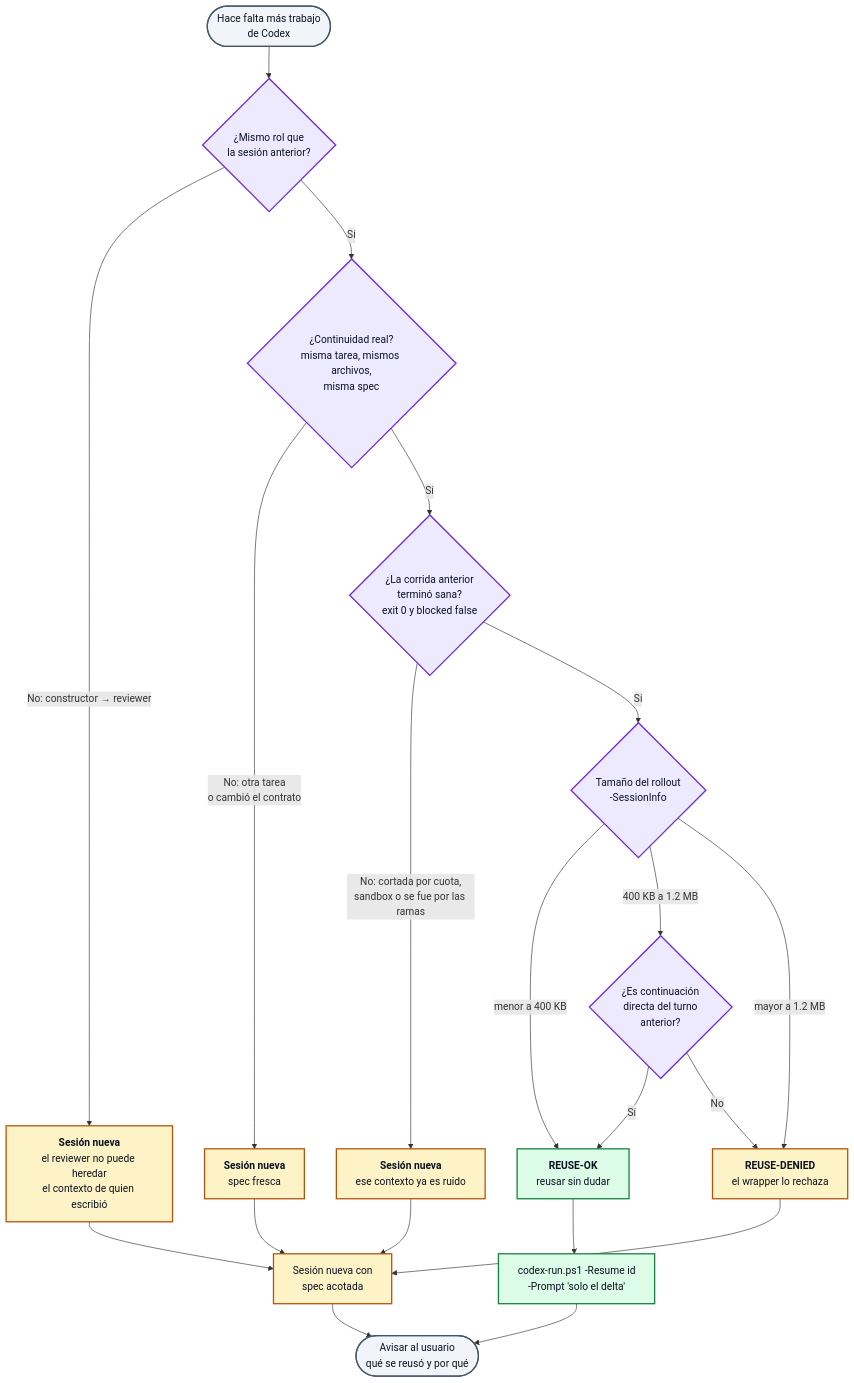
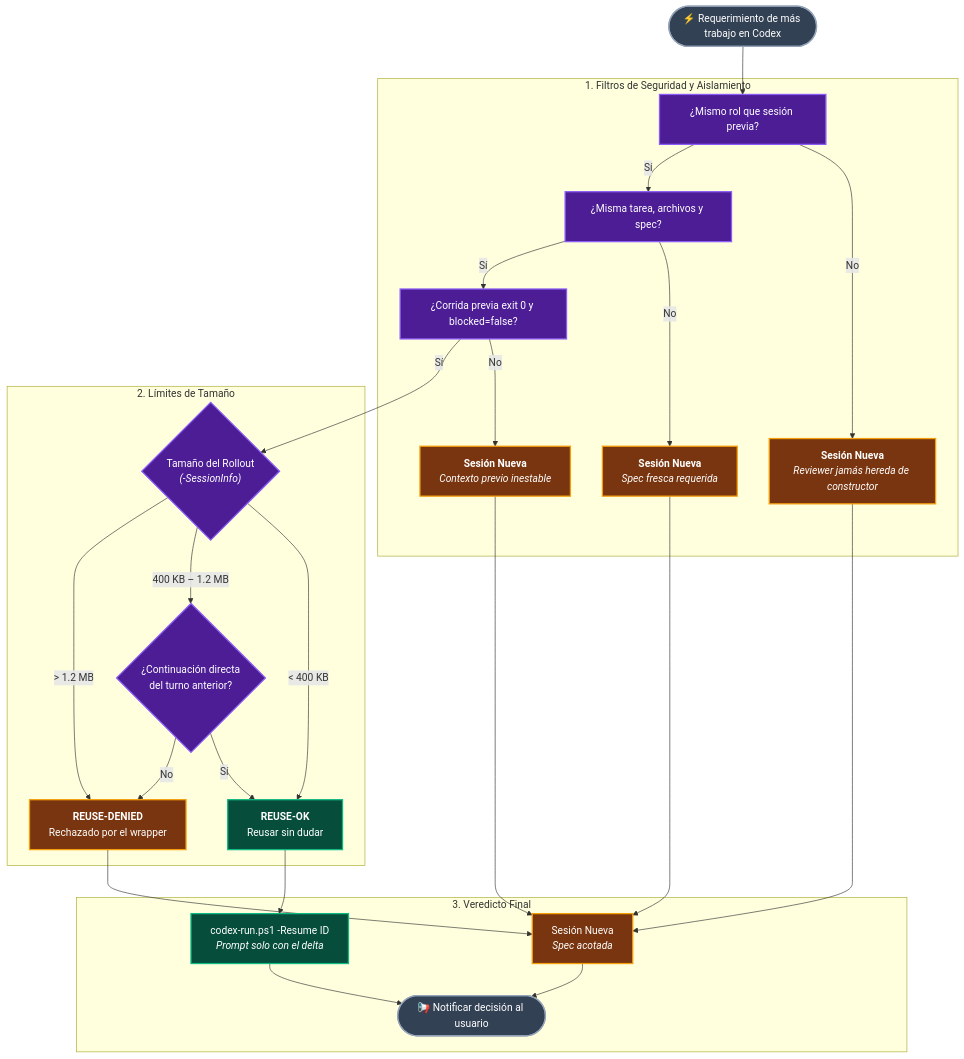
The fourth of 5 diagrams in README.md (Javier12301/ClaudeGPT), drawn with Mermaid before and after one commit. The commit also changed other lines of this file and 1 other file, not shown here.

````diff
--- a/README.md
+++ b/README.md
@@ -410,39 +411,44 @@
 ```mermaid
 flowchart TD
-    NEED([Hace falta más trabajo<br/>de Codex]) --> ROLE{"¿Mismo rol que<br/>la sesión anterior?"}
+    NEED([⚡ Requerimiento de más trabajo en Codex]) --> ROLE["¿Mismo rol que sesión previa?"]
 
-    ROLE -->|"No: constructor → reviewer"| NEWR["<b>Sesión nueva</b><br/>el reviewer no puede heredar<br/>el contexto de quien escribió"]
-    ROLE -->|Sí| CONT{"¿Continuidad real?<br/>misma tarea, mismos archivos,<br/>misma spec"}
+    subgraph S1["1. Filtros de Seguridad y Aislamiento"]
+        ROLE -->|No| NEWR["<b>Sesión Nueva</b><br/><i>Reviewer jamás hereda de constructor</i>"]
+        ROLE -->|Sí| CONT["¿Misma tarea, archivos y spec?"]
+        CONT -->|No| NEWT["<b>Sesión Nueva</b><br/><i>Spec fresca requerida</i>"]
+        CONT -->|Sí| SANE["¿Corrida previa exit 0 y blocked=false?"]
+        SANE -->|No| NEWB["<b>Sesión Nueva</b><br/><i>Contexto previo inestable</i>"]
+    end
 
-    CONT -->|"No: otra tarea<br/>o cambió el contrato"| NEWT["<b>Sesión nueva</b><br/>spec fresca"]
-    CONT -->|Sí| SANE{"¿La corrida anterior<br/>terminó sana?<br/>exit 0 y blocked false"}
+    SANE -->|Sí| SIZE{"Tamaño del Rollout<br/><i>(-SessionInfo)</i>"}
 
-    SANE -->|"No: cortada por cuota,<br/>sandbox o se fue por las ramas"| NEWB["<b>Sesión nueva</b><br/>ese contexto ya es ruido"]
-    SANE -->|Sí| SIZE{"Tamaño del rollout<br/>-SessionInfo"}
+    subgraph S2["2. Límites de Tamaño"]
+        SIZE -->|"< 400 KB"| OK["<b>REUSE-OK</b><br/>Reusar sin dudar"]
+        SIZE -->|"400 KB – 1.2 MB"| DIRECT{"¿Continuación directa<br/>del turno anterior?"}
+        SIZE -->|"> 1.2 MB"| DENIED["<b>REUSE-DENIED</b><br/>Rechazado por el wrapper"]
 
-    SIZE -->|"menor a 400 KB"| OK["<b>REUSE-OK</b><br/>reusar sin dudar"]
-    SIZE -->|"400 KB a 1.2 MB"| DIRECT{"¿Es continuación<br/>directa del turno<br/>anterior?"}
-    SIZE -->|"mayor a 1.2 MB"| DENIED["<b>REUSE-DENIED</b><br/>el wrapper lo rechaza"]
+        DIRECT -->|Sí| OK
+        DIRECT -->|No| DENIED
+    end
 
-    DIRECT -->|Sí| OK
-    DIRECT -->|No| DENIED
+    subgraph S3["3. Veredicto Final"]
+        OK --> RUN["codex-run.ps1 -Resume ID<br/><i>Prompt solo con el delta</i>"]
+        DENIED --> NEWS["Sesión Nueva<br/><i>Spec acotada</i>"]
+        NEWR --> NEWS
+        NEWT --> NEWS
+        NEWB --> NEWS
 
-    OK --> RUN["codex-run.ps1 -Resume id<br/>-Prompt 'solo el delta'"]
-    DENIED --> NEWS["Sesión nueva con<br/>spec acotada"]
-    NEWR --> NEWS
-    NEWT --> NEWS
-    NEWB --> NEWS
+        RUN --> TELL([📢 Notificar decisión al usuario])
+        NEWS --> TELL
+    end
 
-    RUN --> TELL([Avisar al usuario<br/>qué se reusó y por qué])
-    NEWS --> TELL
-
-    classDef reuse fill:#dcfce7,stroke:#15803d,stroke-width:2px,color:#0b1220
-    classDef fresh fill:#fef3c7,stroke:#b45309,stroke-width:2px,color:#0b1220
-    classDef gate fill:#ede9fe,stroke:#6d28d9,stroke-width:2px,color:#0b1220
-    classDef io fill:#f1f5f9,stroke:#475569,stroke-width:2px,color:#0b1220
+    classDef reuse fill:#064e3b,stroke:#10b981,stroke-width:2px,color:#ffffff
+    classDef fresh fill:#78350f,stroke:#f59e0b,stroke-width:2px,color:#ffffff
+    classDef gate fill:#4c1d95,stroke:#8b5cf6,stroke-width:2px,color:#ffffff
+    classDef io fill:#334155,stroke:#94a3b8,stroke-width:2px,color:#ffffff
 
     class OK,RUN reuse
     class NEWR,NEWT,NEWB,DENIED,NEWS fresh
     class ROLE,CONT,SANE,SIZE,DIRECT gate
     class NEED,TELL io
 ```
````
